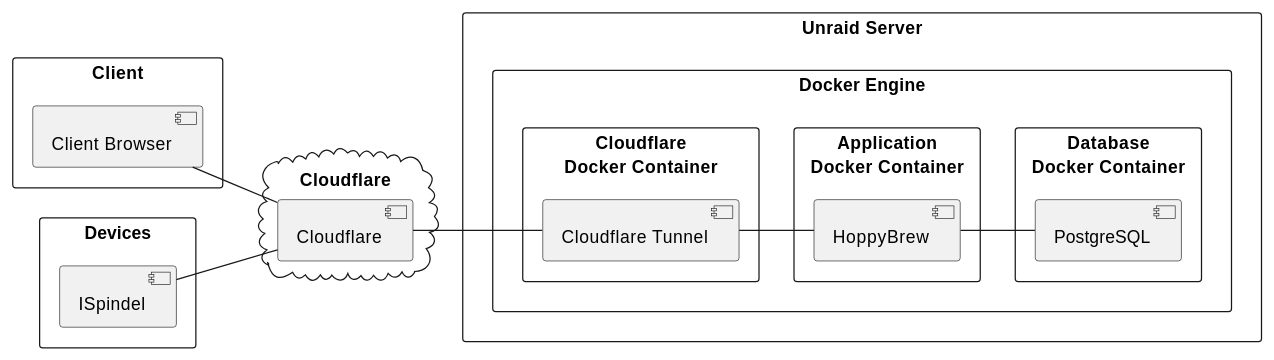
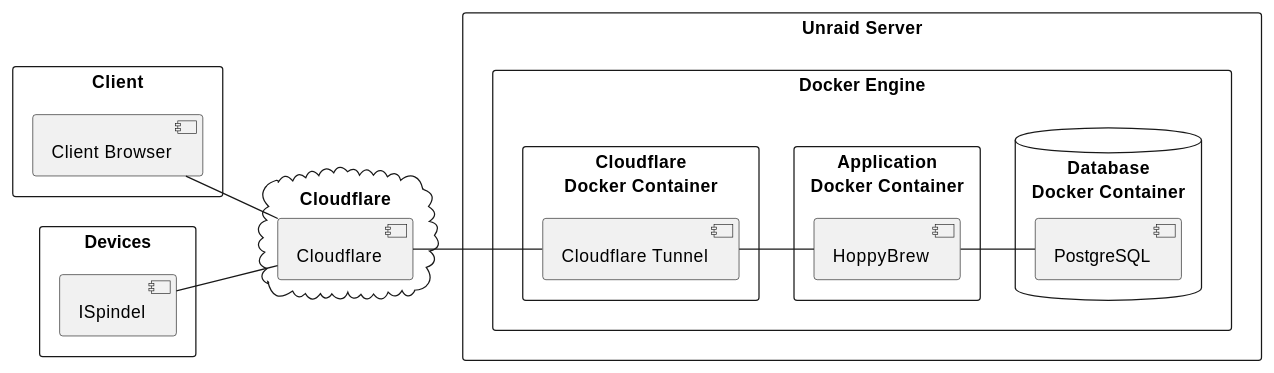
One commit to asbor/iu-project-software-engineering changed the fifth of 5 diagrams in documents/01-Conception-Phase/00-HoppyBrew.md. Above: the diagram before and after it, drawn with PlantUML. The commit also changed 3 other files, not shown here.

```diff
--- a/documents/01-Conception-Phase/00-HoppyBrew.md
+++ b/documents/01-Conception-Phase/00-HoppyBrew.md
@@ -570,40 +570,40 @@
 @startuml 05-black-box-overall-system
 
 left to right direction
 
 rectangle "Client" {
     component "Client Browser" as client_browser
 }
 
 rectangle "Devices" {
     component "ISpindel" as iSpindel
 }
 
 cloud "Cloudflare" {
     component "Cloudflare" as cloudflare
 }
 rectangle "Unraid Server" {
     rectangle "Docker Engine" {
 
         rectangle "Cloudflare\nDocker Container" {
             component "Cloudflare Tunnel" as cloudflareTunnel
         }
 
         rectangle "Application\nDocker Container" {
             component "HoppyBrew" as hoppybrew
         }
 
-        rectangle "Database\nDocker Container" {
+        database "Database\nDocker Container" {
             component "PostgreSQL" as postgres
         }
     }
 }
 
 
 client_browser -- cloudflare
 iSpindel -- cloudflare
 cloudflare -- cloudflareTunnel
 cloudflareTunnel -- hoppybrew
 hoppybrew -- postgres
 
 @enduml
```
